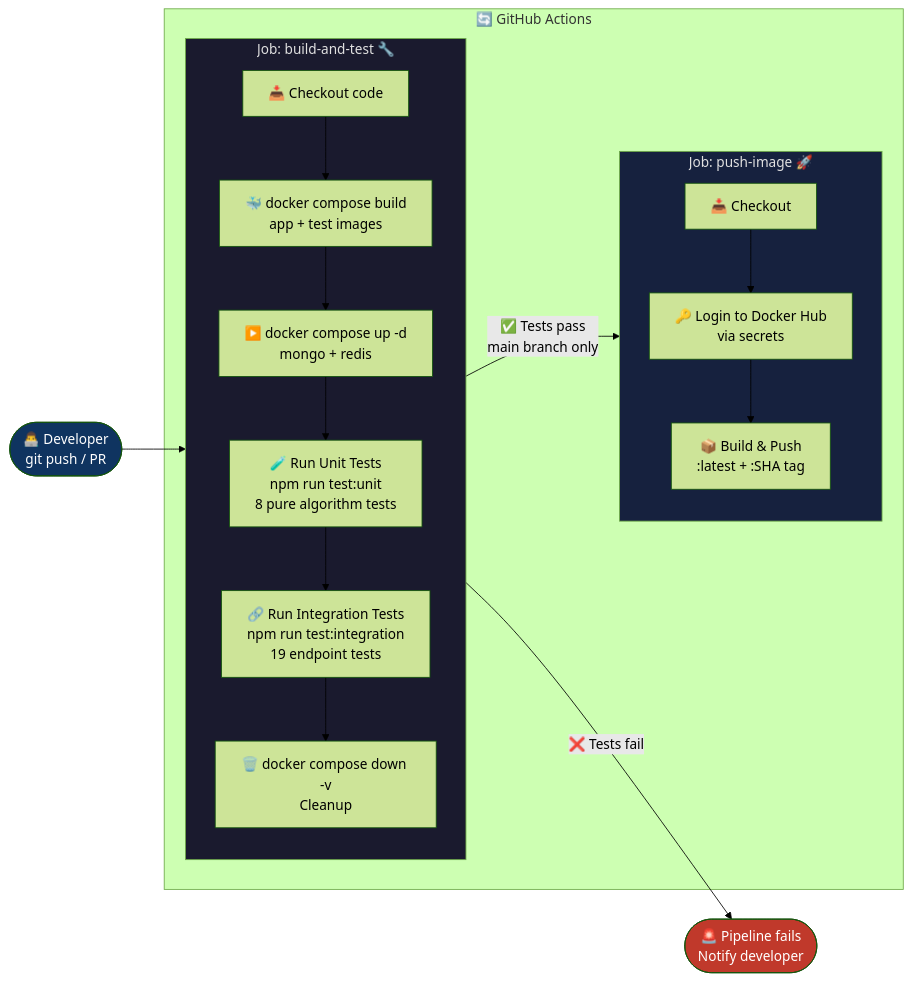
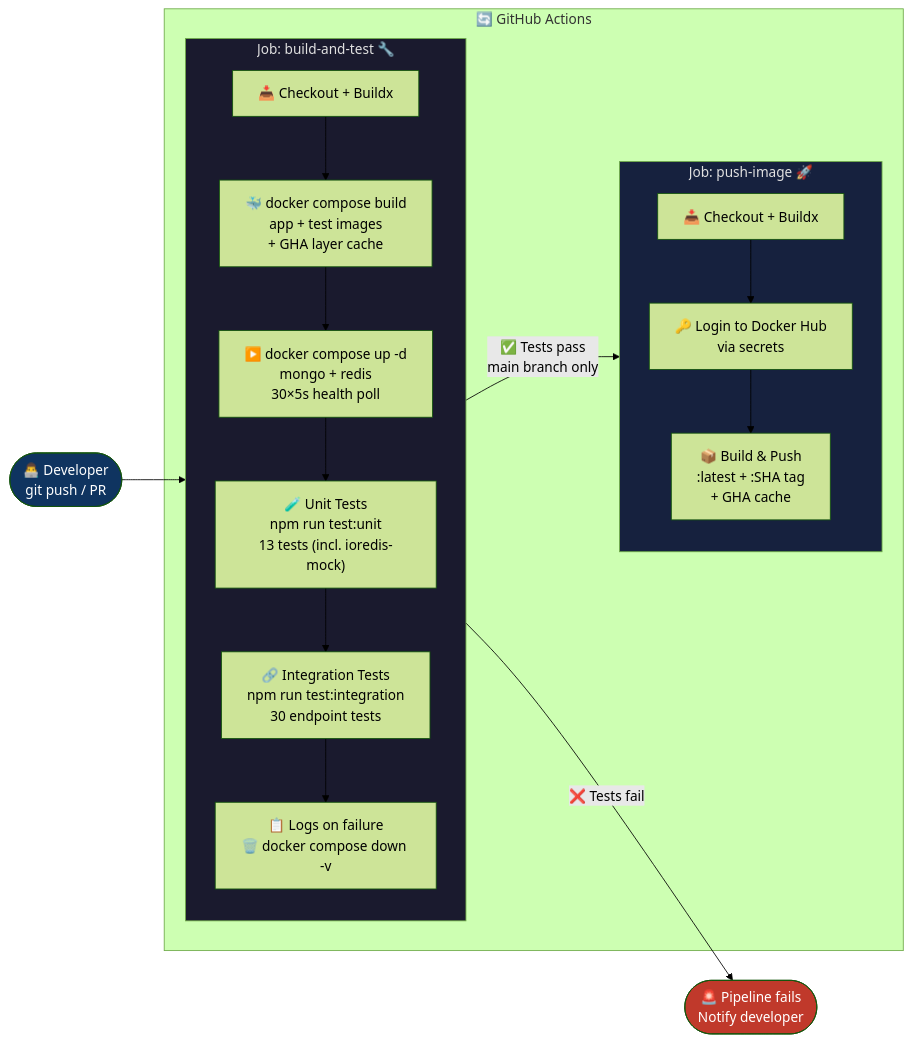
The sixth of 8 diagrams in README.md (ramalokeshreddyp/RateGuard), drawn with Mermaid (forest theme) before and after one commit. The commit also changed other lines of this file and 2 other files, not shown here.

Commit message:
docs: comprehensive rewrite of README, ARCHITECTURE, and projectdocumentation (v2.0) - 43 tests, GET /clients/:id, X-RateLimit-* headers, BCRYPT_ROUNDS, ioredis-mock, .dockerignore

````diff
--- a/README.md
+++ b/README.md
@@ -344,30 +380,30 @@
 ```mermaid
 flowchart LR
     DEV(["👨‍💻 Developer\ngit push / PR"])
 
     subgraph GHA["🔄 GitHub Actions"]
         subgraph BUILD["Job: build-and-test  🔧"]
-            B1["📥 Checkout code"] --> B2
-            B2["🐳 docker compose build\napp + test images"] --> B3
-            B3["▶️ docker compose up -d\nmongo + redis"] --> B4
-            B4["🧪 Run Unit Tests\nnpm run test:unit\n8 pure algorithm tests"] --> B5
-            B5["🔗 Run Integration Tests\nnpm run test:integration\n19 endpoint tests"] --> B6
-            B6["🗑️ docker compose down -v\nCleanup"]
+            B1["📥 Checkout + Buildx"] --> B2
+            B2["🐳 docker compose build\napp + test images\n+ GHA layer cache"] --> B3
+            B3["▶️ docker compose up -d\nmongo + redis\n30×5s health poll"] --> B4
+            B4["🧪 Unit Tests\nnpm run test:unit\n13 tests (incl. ioredis-mock)"] --> B5
+            B5["🔗 Integration Tests\nnpm run test:integration\n30 endpoint tests"] --> B6
+            B6["📋 Logs on failure\n🗑️ docker compose down -v"]
         end
 
         subgraph PUSH["Job: push-image  🚀"]
-            P1["📥 Checkout"] --> P2
+            P1["📥 Checkout + Buildx"] --> P2
             P2["🔑 Login to Docker Hub\nvia secrets"] --> P3
-            P3["📦 Build & Push\n:latest + :SHA tag"]
+            P3["📦 Build & Push\n:latest + :SHA tag\n+ GHA cache"]
         end
     end
 
     DEV --> BUILD
     BUILD -->|"✅ Tests pass\nmain branch only"| PUSH
     BUILD -->|"❌ Tests fail"| FAIL(["🚨 Pipeline fails\nNotify developer"])
 
     style BUILD fill:#1a1a2e,color:#e0e0e0
     style PUSH fill:#16213e,color:#e0e0e0
     style DEV fill:#0f3460,color:#fff
     style FAIL fill:#c0392b,color:#fff
 ```
````
